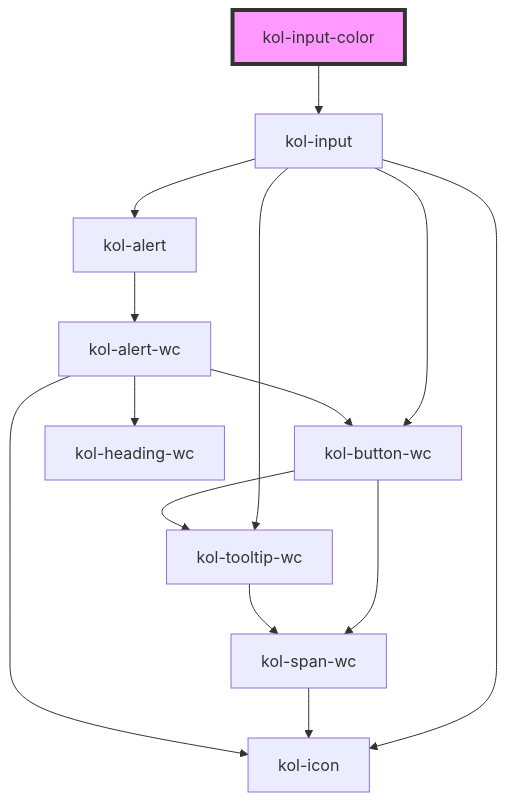
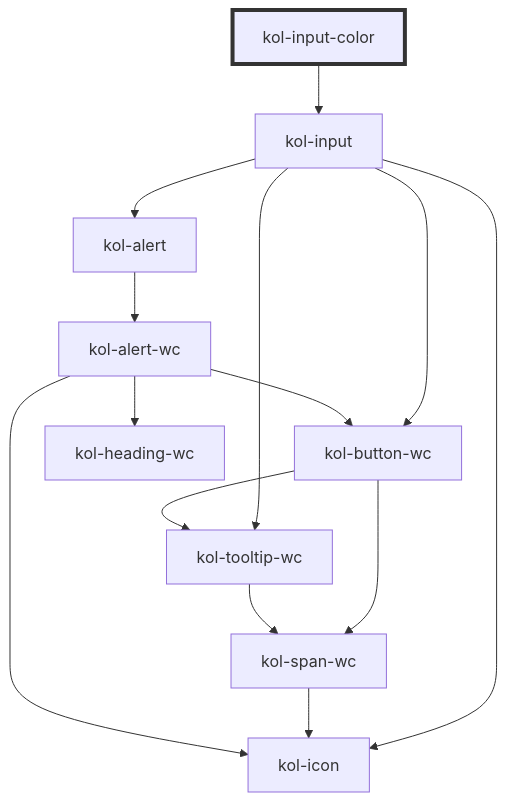
The diagram in packages/components/src/components/input-color/readme.md (public-ui/kolibri), drawn with Mermaid before and after one commit. The commit also changed 40 other files, not shown here.

````diff
--- a/packages/components/src/components/input-color/readme.md
+++ b/packages/components/src/components/input-color/readme.md
@@ -94,17 +94,17 @@
 ```mermaid
 graph TD;
   kol-input-color --> kol-input
   kol-input --> kol-icon
   kol-input --> kol-button-wc
   kol-input --> kol-tooltip-wc
   kol-input --> kol-alert
   kol-button-wc --> kol-span-wc
   kol-button-wc --> kol-tooltip-wc
   kol-span-wc --> kol-icon
   kol-tooltip-wc --> kol-span-wc
   kol-alert --> kol-alert-wc
   kol-alert-wc --> kol-heading-wc
   kol-alert-wc --> kol-button-wc
   kol-alert-wc --> kol-icon
-  style kol-input-color fill:#f9f,stroke:#333,stroke-width:4px
+  style kol-input-color stroke:#333,stroke-width:4px
 ```
````
